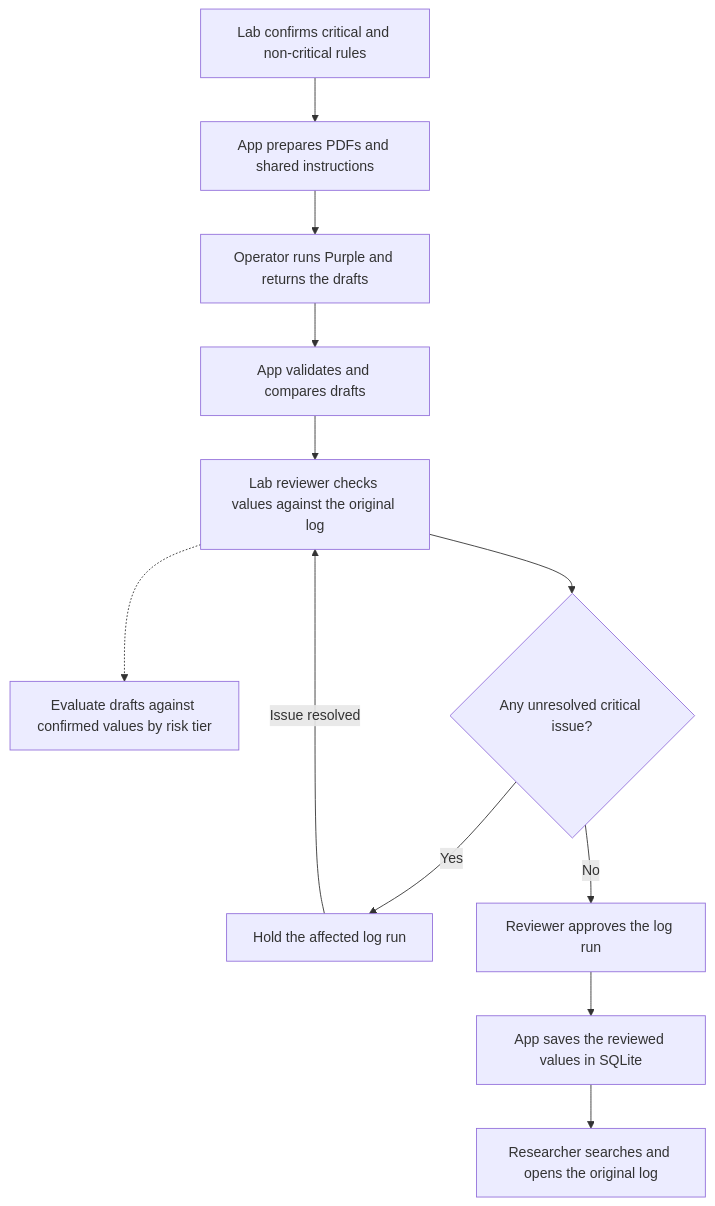
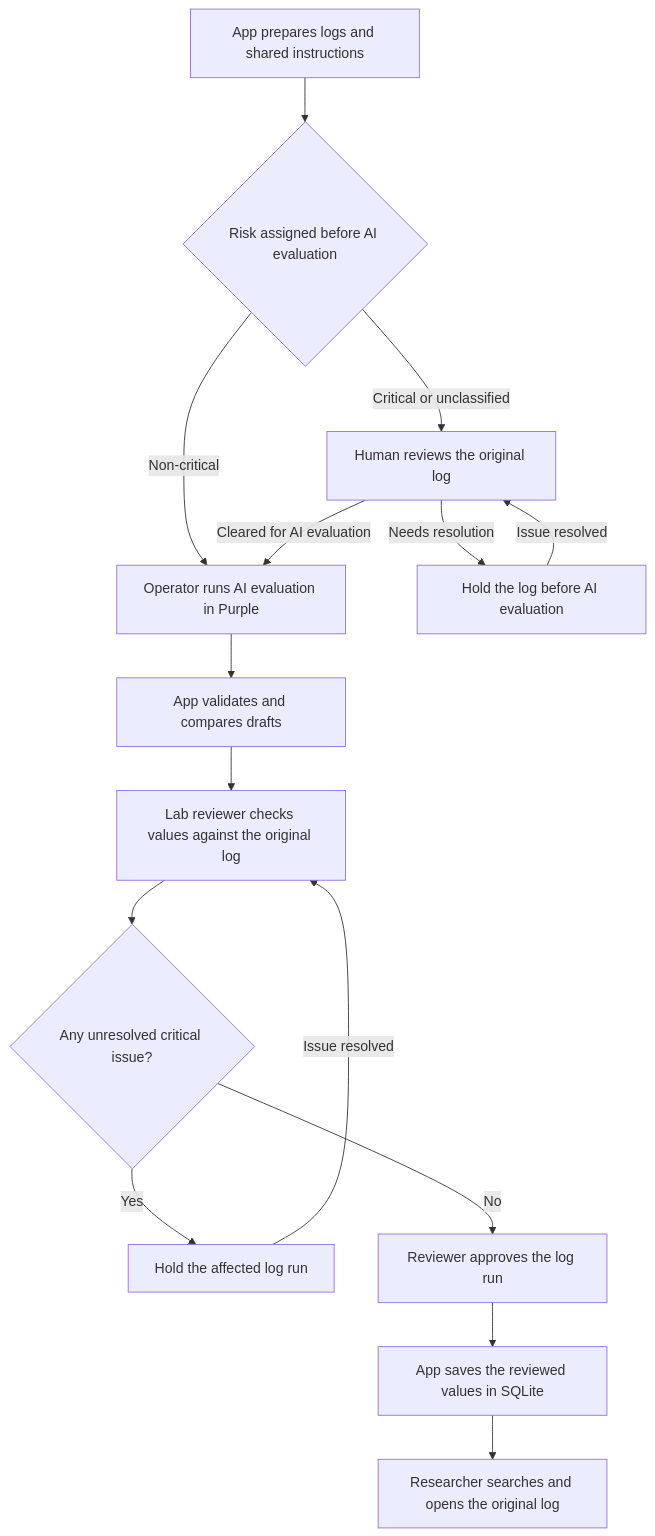
The diagram in docs/design-document.md (irisyjchang/quantum-materials-ai-archive), drawn with Mermaid before and after one commit. The commit also changed other lines of this file, not shown here.

Commit message:
docs: route critical logs to review before AI

````diff
--- a/docs/design-document.md
+++ b/docs/design-document.md
@@ -36,14 +36,17 @@
 ```mermaid
 flowchart TD
-    R[Lab confirms critical and non-critical rules] --> A
-    A[App prepares PDFs and shared instructions] --> D[Operator runs Purple and returns the drafts]
+    A[App prepares logs and shared instructions] --> R{Risk assigned before AI evaluation}
+    R -->|Non-critical| D[Operator runs AI evaluation in Purple]
+    R -->|Critical or unclassified| P[Human reviews the original log]
+    P -->|Cleared for AI evaluation| D
+    P -->|Needs resolution| Q[Hold the log before AI evaluation]
+    Q -->|Issue resolved| P
     D --> F[App validates and compares drafts]
     F --> G[Lab reviewer checks values against the original log]
-    G -.-> M[Evaluate drafts against confirmed values by risk tier]
     G --> H{Any unresolved critical issue?}
     H -->|Yes| I[Hold the affected log run]
     I -->|Issue resolved| G
     H -->|No| J[Reviewer approves the log run]
     J --> K[App saves the reviewed values in SQLite]
     K --> L[Researcher searches and opens the original log]
 ```
````
